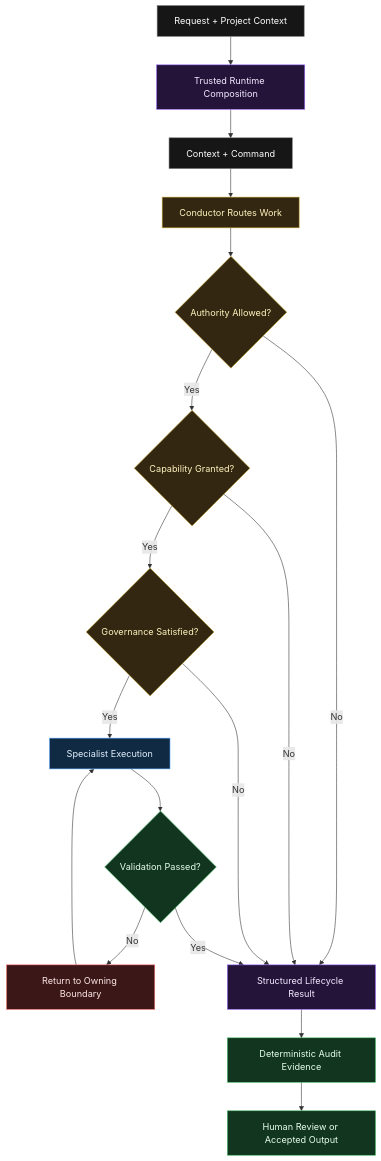
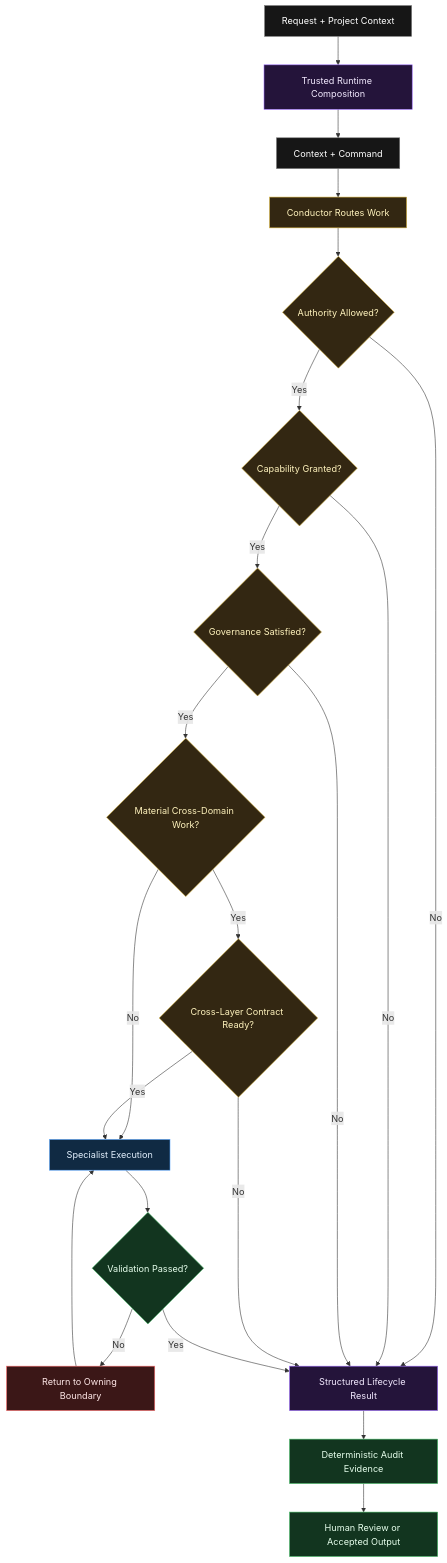
The first of 3 diagrams in README.md (Baelfyre/Orchestra), drawn with Mermaid before and after one commit. The commit also changed other lines of this file, not shown here.

```diff
--- a/README.md
+++ b/README.md
@@ -45,39 +44,46 @@
 ~~~mermaid
 flowchart TD
     Request["Request + Project Context"]
     Compose["Trusted Runtime Composition"]
     Context["Context + Command"]
     Route["Conductor Routes Work"]
     Authority{"Authority Allowed?"}
     Capability{"Capability Granted?"}
     Governance{"Governance Satisfied?"}
+    Multi{"Material Cross-Domain Work?"}
+    Tuner{"Cross-Layer Contract Ready?"}
     Specialist["Specialist Execution"]
     Validate{"Validation Passed?"}
     Revise["Return to Owning Boundary"]
     Lifecycle["Structured Lifecycle Result"]
     Audit["Deterministic Audit Evidence"]
     Review["Human Review or Accepted Output"]
 
     Request --> Compose --> Context --> Route --> Authority
     Authority -- No --> Lifecycle
     Authority -- Yes --> Capability
     Capability -- No --> Lifecycle
     Capability -- Yes --> Governance
     Governance -- No --> Lifecycle
-    Governance -- Yes --> Specialist --> Validate
+    Governance -- Yes --> Multi
+    Multi -- No --> Specialist
+    Multi -- Yes --> Tuner
+    Tuner -- No --> Lifecycle
+    Tuner -- Yes --> Specialist
+    Specialist --> Validate
     Validate -- No --> Revise --> Specialist
     Validate -- Yes --> Lifecycle --> Audit --> Review
 
     classDef input fill:#161616,stroke:#777,color:#fff
     classDef runtime fill:#24143a,stroke:#9d6cff,color:#f3eaff
     classDef coord fill:#332712,stroke:#d4af37,color:#fff3bd
     classDef work fill:#102a43,stroke:#58a6ff,color:#e5f2ff
     classDef pass fill:#12351f,stroke:#4ac26b,color:#e7ffed
     classDef stop fill:#3b1717,stroke:#ff6b6b,color:#ffe8e8
     class Request,Context input
     class Compose,Lifecycle runtime
-    class Route,Authority,Capability,Governance coord
+    class Route,Authority,Capability,Governance,Multi,Tuner coord
     class Specialist work
     class Validate,Audit,Review pass
     class Revise stop
 ~~~
```
